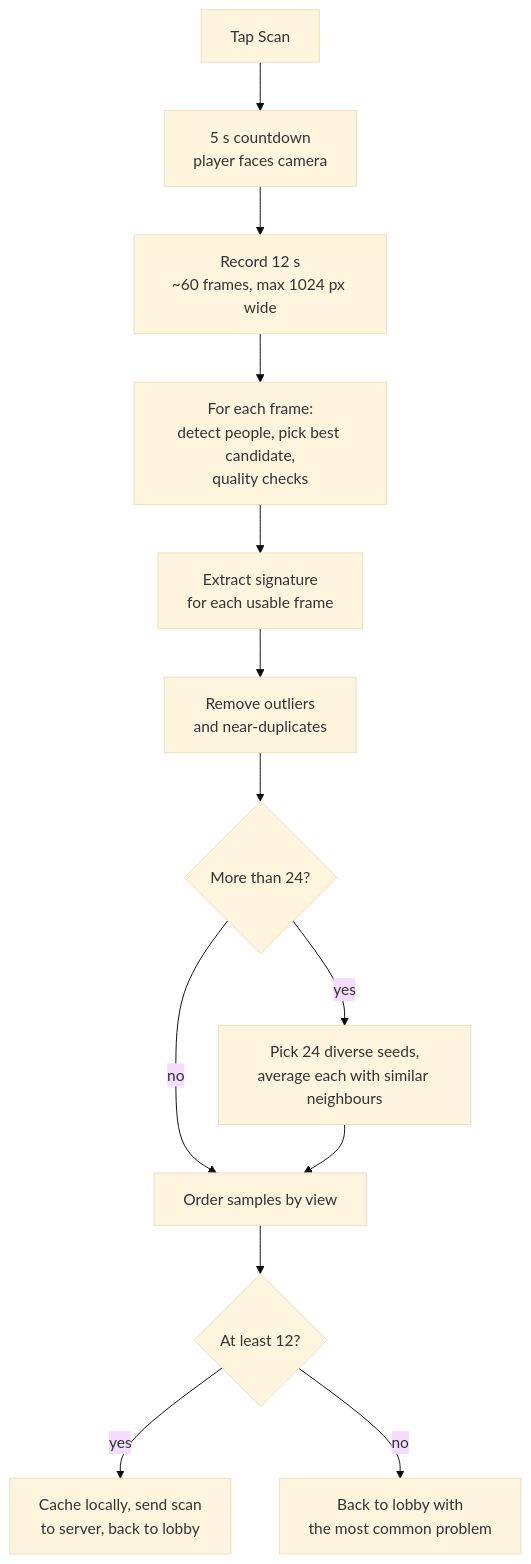
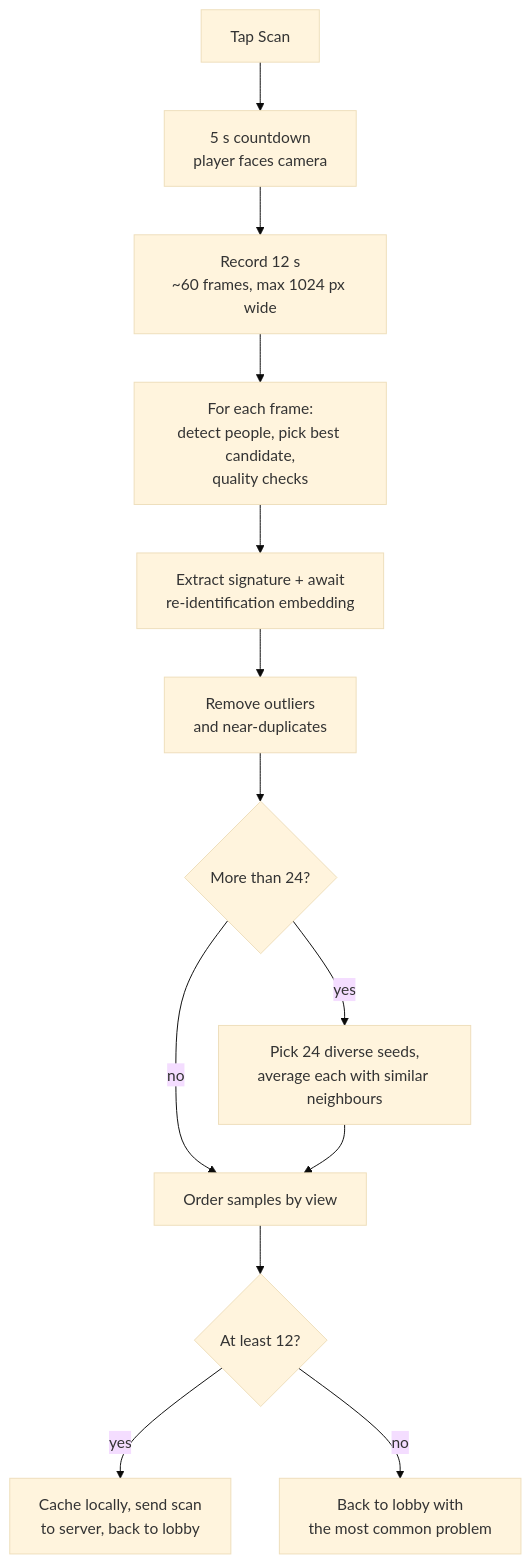
The diagram in docs/client/scanning.md (Basiliskenzahn/Laser-Tag), drawn with Mermaid (base theme) before and after one commit. The commit also changed other lines of this file and 19 other files, not shown here.

````diff
--- a/docs/client/scanning.md
+++ b/docs/client/scanning.md
@@ -13,15 +13,15 @@
 ```mermaid
 flowchart TD
   A[Tap Scan] --> B[5 s countdown<br/>player faces camera]
   B --> C[Record 12 s<br/>~60 frames, max 1024 px wide]
   C --> D[For each frame:<br/>detect people, pick best candidate,<br/>quality checks]
-  D --> E[Extract signature<br/>for each usable frame]
+  D --> E[Extract signature + await<br/>re-identification embedding]
   E --> F[Remove outliers<br/>and near-duplicates]
   F --> G{More than 24?}
   G -- yes --> H[Pick 24 diverse seeds,<br/>average each with similar neighbours]
   G -- no --> I
   H --> I[Order samples by view]
   I --> J{At least 12?}
   J -- yes --> K[Cache locally, send scan<br/>to server, back to lobby]
   J -- no --> L[Back to lobby with<br/>the most common problem]
 ```
````
